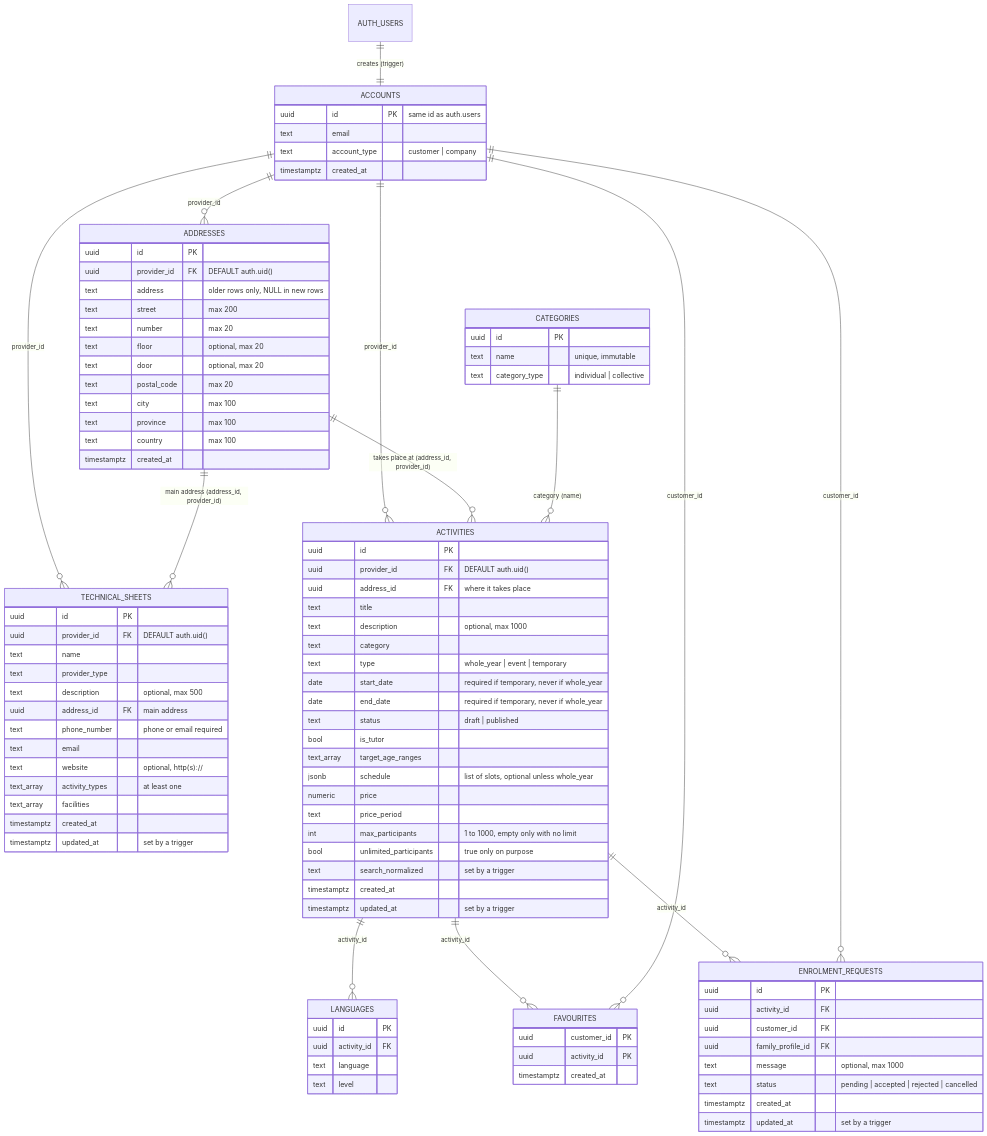
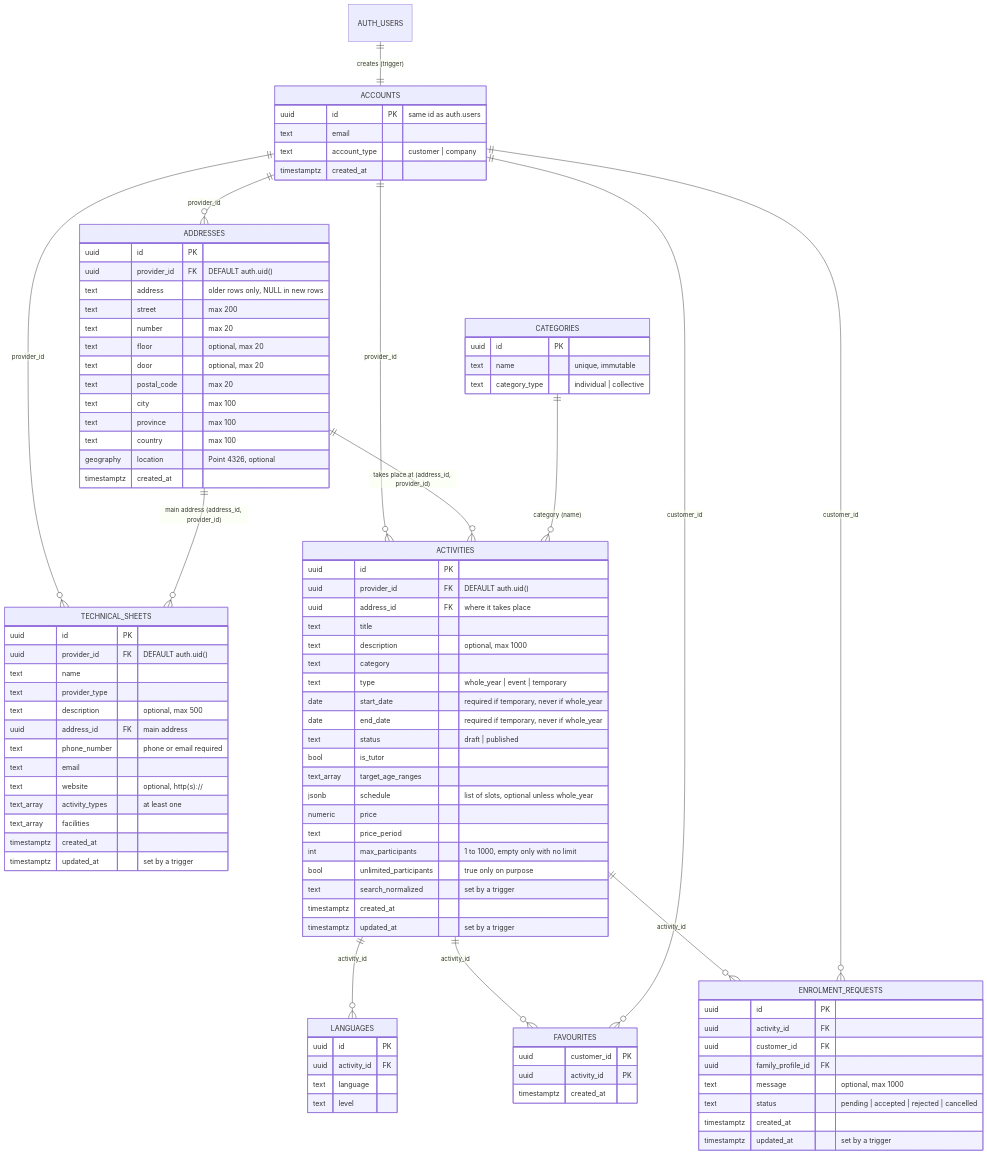
One commit to ednasolans/AfterBell changed the first of 2 diagrams in docs/decisions/database.md. Above: the diagram before and after it, drawn with Mermaid. The commit also changed other lines of this file and 4 other files, not shown here.

```diff
--- a/docs/decisions/database.md
+++ b/docs/decisions/database.md
@@ -70,6 +70,7 @@
         text city "max 100"
         text province "max 100"
         text country "max 100"
+        geography location "Point 4326, optional"
         timestamptz created_at
     }
     ACTIVITIES {
```
